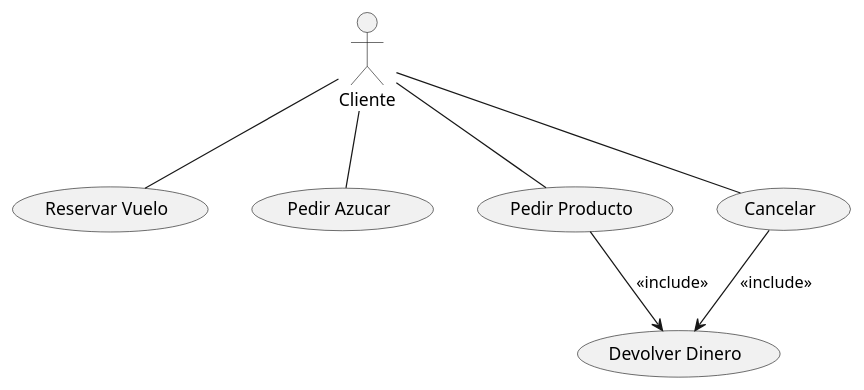
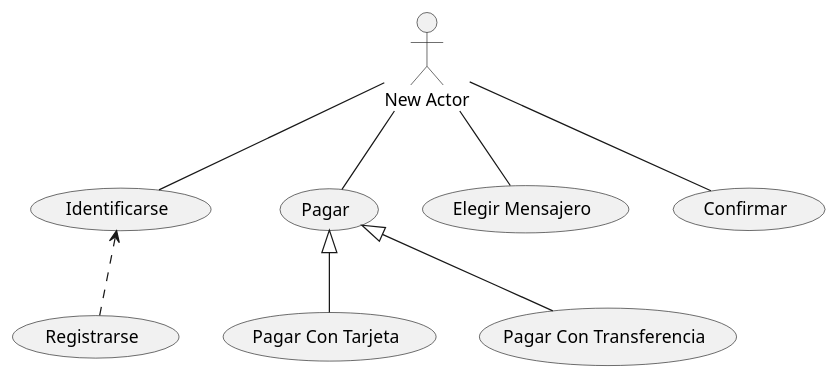
The diagram in src/test.puml (erentitan4512/Carlos-Arroyo-Galan-Casos-de-Uso-UML), drawn with PlantUML before and after one commit.

Commit message:
Eight Commit

```diff
--- a/src/test.puml
+++ b/src/test.puml
@@ -1,9 +1,9 @@
 @startuml
-:Cliente: -- (Reservar Vuelo)
-:Cliente: -- (Pedir Azucar)
-:Cliente: -- (Pedir Producto)
-:Cliente: -- (Cancelar)
-(Cancelar) --> (Devolver Dinero) : <<include>>
-(Pedir Producto) --> (Devolver Dinero) : <<include>>
-
+:New Actor: -- (Identificarse)
+:New Actor: -- (Pagar)
+:New Actor: -- (Elegir Mensajero)
+:New Actor: -- (Confirmar)
+(Pagar) <|-- (Pagar Con Tarjeta)
+(Pagar) <|-- (Pagar Con Transferencia)
+(Identificarse) <.. (Registrarse)
 @enduml
```
